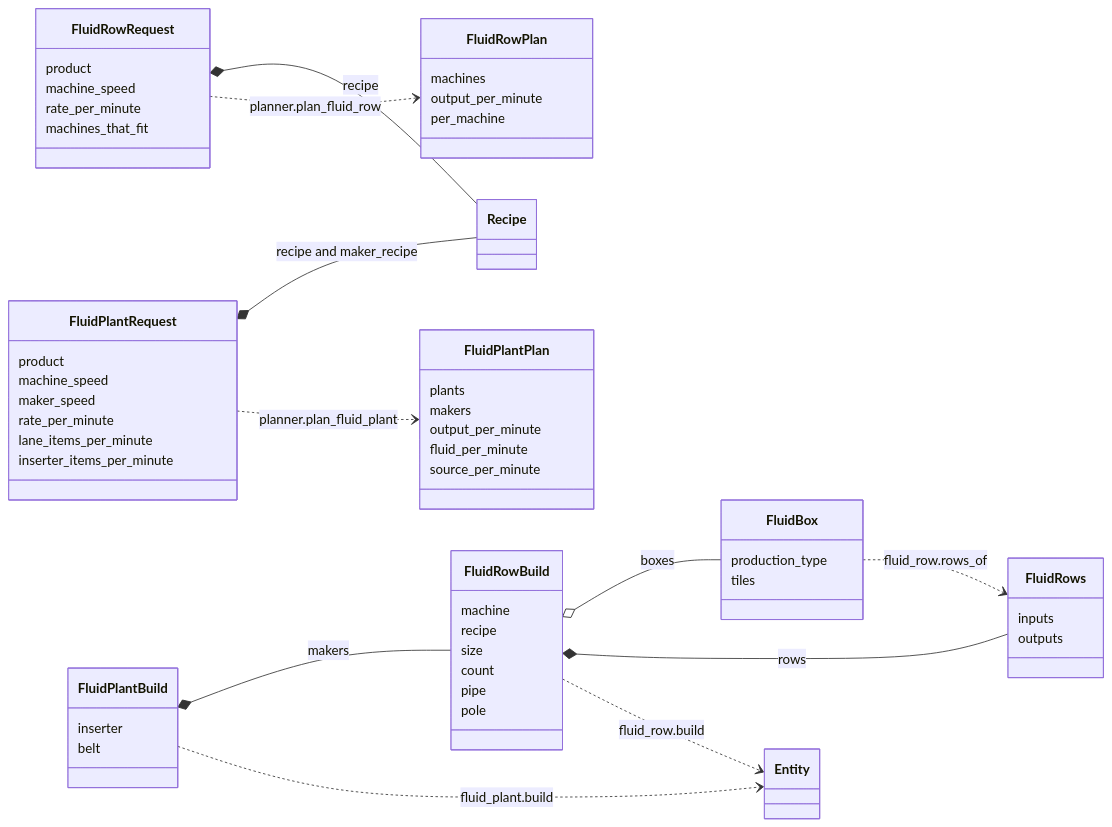
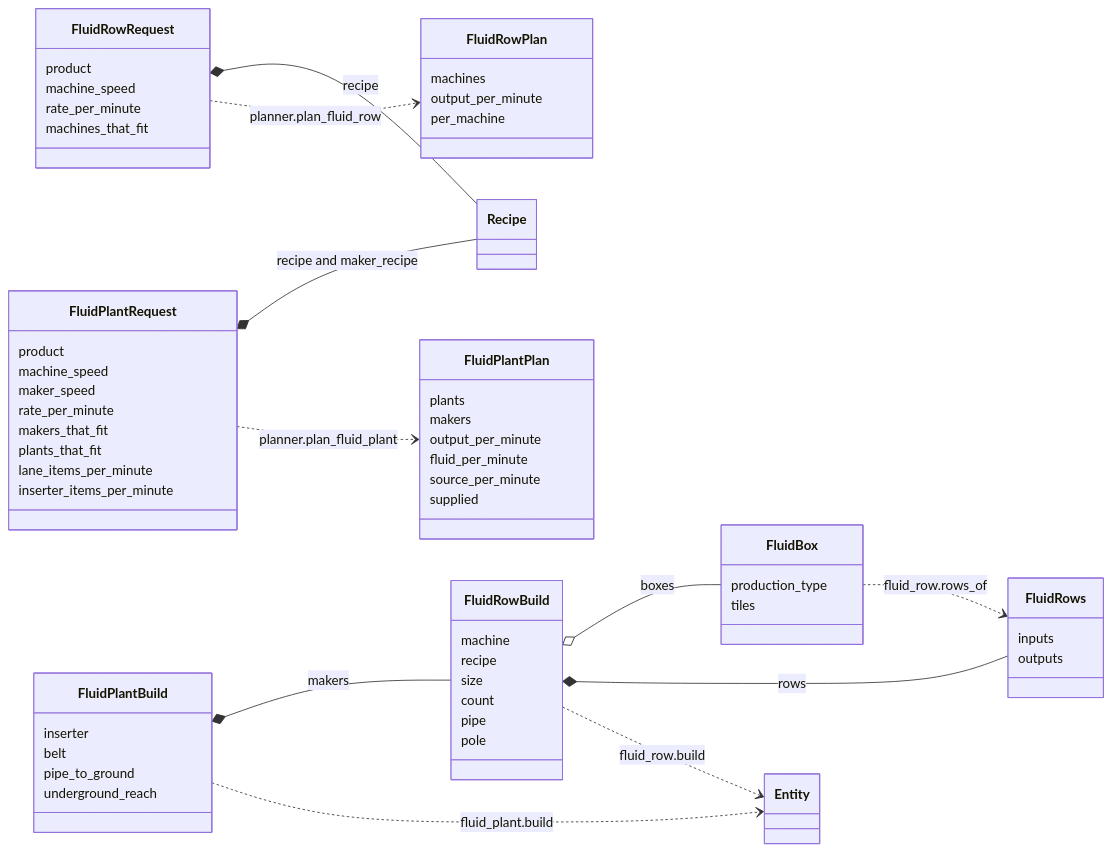
The sixth of 6 diagrams in TYPES.md (RibbonedAce/factorio-blueprint-generation), drawn with Mermaid before and after one commit. The commit also changed other lines of this file and 17 other files, not shown here.

First line of the commit message:
Make sulfur, with a second fluid that comes in by a pipe, in mirrored chemical plants

````diff
--- a/TYPES.md
+++ b/TYPES.md
@@ -504,63 +505,68 @@
 ```mermaid
 classDiagram
   direction LR
 
   class FluidBox {
     production_type
     tiles
   }
   class FluidRows {
     inputs
     outputs
   }
   class FluidRowRequest {
     product
     machine_speed
     rate_per_minute
     machines_that_fit
   }
   class FluidRowPlan {
     machines
     output_per_minute
     per_machine
   }
   class FluidRowBuild {
     machine
     recipe
     size
     count
     pipe
     pole
   }
 
   class FluidPlantRequest {
     product
     machine_speed
     maker_speed
     rate_per_minute
+    makers_that_fit
+    plants_that_fit
     lane_items_per_minute
     inserter_items_per_minute
   }
   class FluidPlantPlan {
     plants
     makers
     output_per_minute
     fluid_per_minute
     source_per_minute
+    supplied
   }
   class FluidPlantBuild {
     inserter
     belt
+    pipe_to_ground
+    underground_reach
   }
 
   FluidRowRequest *-- Recipe : recipe
   FluidPlantRequest *-- Recipe : recipe and maker_recipe
   FluidPlantRequest ..> FluidPlantPlan : planner.plan_fluid_plant
   FluidPlantBuild *-- FluidRowBuild : makers
   FluidPlantBuild ..> Entity : fluid_plant.build
   FluidRowRequest ..> FluidRowPlan : planner.plan_fluid_row
   FluidBox ..> FluidRows : fluid_row.rows_of
   FluidRowBuild o-- FluidBox : boxes
   FluidRowBuild *-- FluidRows : rows
   FluidRowBuild ..> Entity : fluid_row.build
 ```
````
